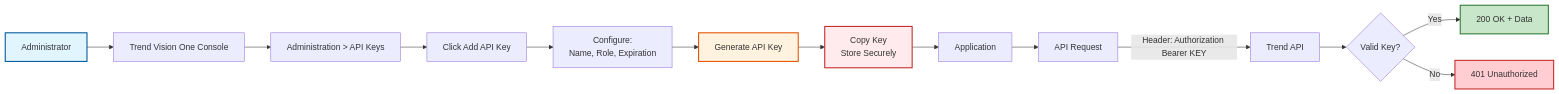
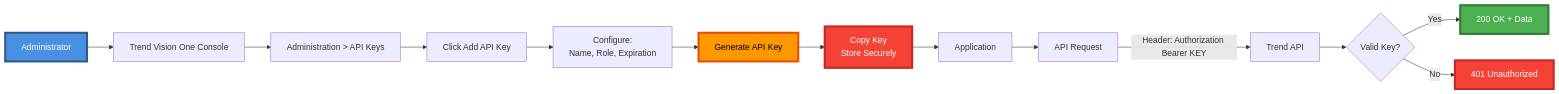
The first of 2 diagrams in Trend/DOC/workflows/1_Authentication_and_Setup.md (ZELA2000/Also-TDSynnex-Trend), drawn with Mermaid before and after one commit. The commit also changed other lines of this file and 11 other files, not shown here.

Commit message:
style: Update diagram styles across documentation for improved clarity and consistency

````diff
--- a/Trend/DOC/workflows/1_Authentication_and_Setup.md
+++ b/Trend/DOC/workflows/1_Authentication_and_Setup.md
@@ -8,22 +8,22 @@
 ```mermaid
 graph LR
     A[Administrator] --> B[Trend Vision One Console]
     B --> C[Administration > API Keys]
     C --> D[Click Add API Key]
     D --> E[Configure:<br/>Name, Role, Expiration]
     E --> F[Generate API Key]
     F --> G[Copy Key<br/>Store Securely]
     
     G --> H[Application]
     H --> I[API Request]
     I -->|Header: Authorization Bearer KEY| J[Trend API]
     J --> K{Valid Key?}
     K -->|Yes| L[200 OK + Data]
     K -->|No| M[401 Unauthorized]
     
-    style A fill:#e1f5ff,stroke:#01579b,stroke-width:2px
-    style F fill:#fff3e0,stroke:#e65100,stroke-width:2px
-    style G fill:#ffebee,stroke:#c62828,stroke-width:2px
-    style L fill:#c8e6c9,stroke:#2e7d32,stroke-width:2px
-    style M fill:#ffcdd2,stroke:#c62828,stroke-width:2px
+    style A fill:#4A90E2,stroke:#2E5C8A,stroke-width:4px,color:#fff
+    style F fill:#FF9800,stroke:#E65100,stroke-width:4px,color:#000
+    style G fill:#F44336,stroke:#C62828,stroke-width:4px,color:#fff
+    style L fill:#4CAF50,stroke:#2E7D32,stroke-width:4px,color:#fff
+    style M fill:#F44336,stroke:#C62828,stroke-width:4px,color:#fff
 ```
````
